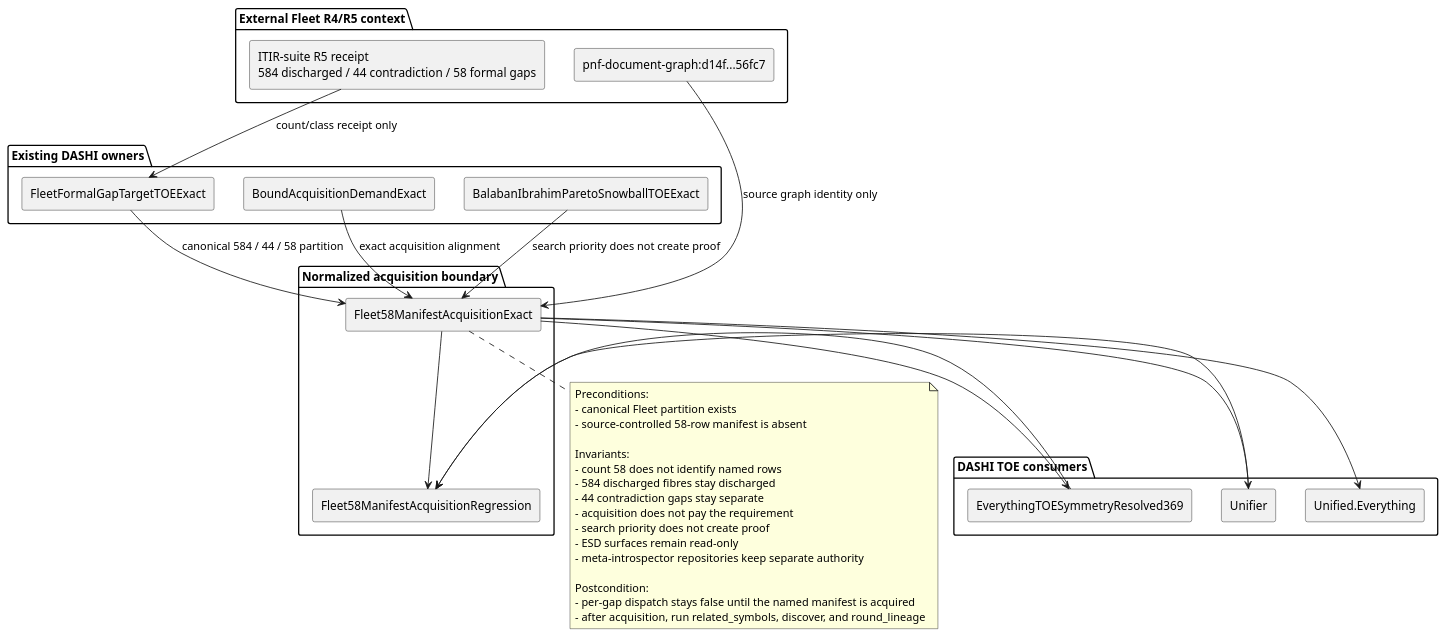
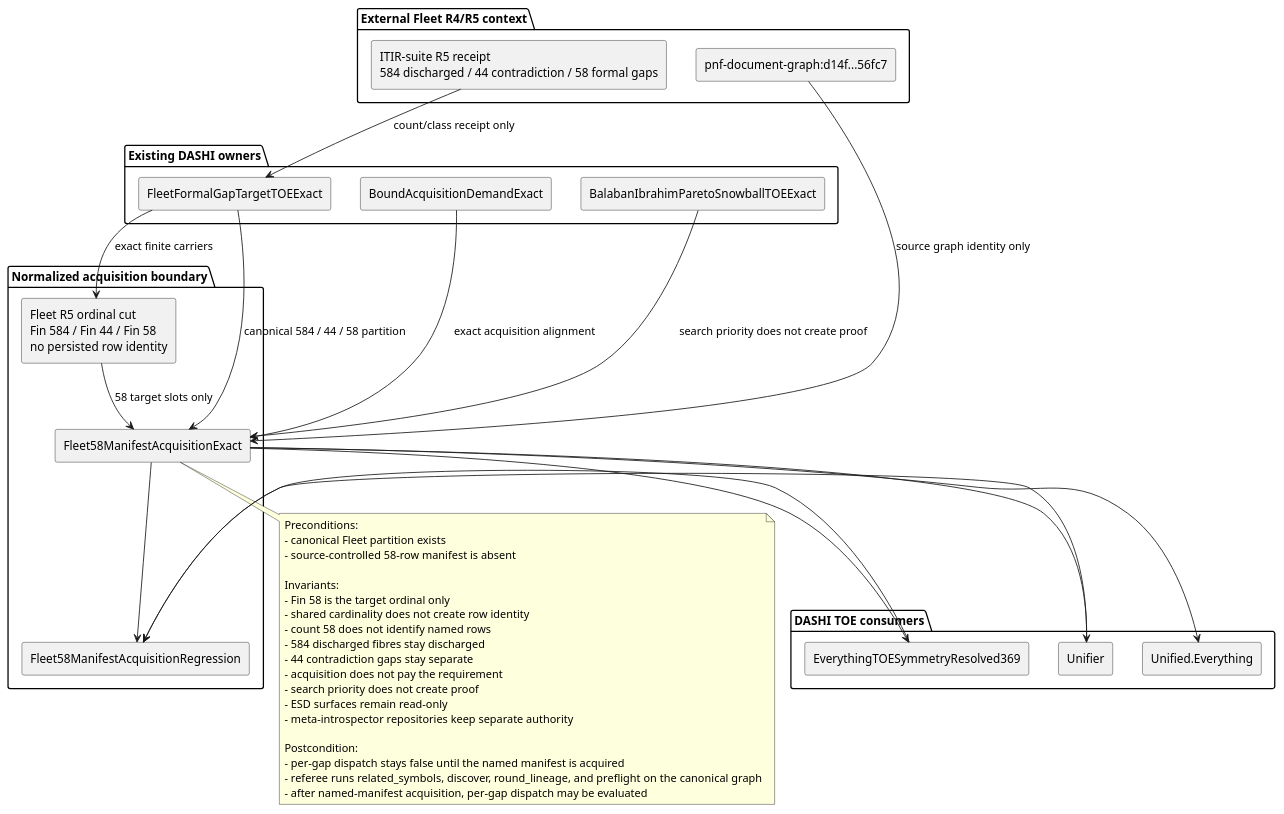
One commit to chboishabba/dashi_agda changed the diagram in Docs/architecture/Fleet58ManifestAcquisitionTOE.puml. Above: the diagram before and after it, drawn with PlantUML.

Commit message:
docs: normalize Fleet-58 ordinal cut in TOE graph

```diff
--- a/Docs/architecture/Fleet58ManifestAcquisitionTOE.puml
+++ b/Docs/architecture/Fleet58ManifestAcquisitionTOE.puml
@@ -1,58 +1,64 @@
 @startuml Fleet58ManifestAcquisitionTOE
 skinparam componentStyle rectangle
 
 package "External Fleet R4/R5 context" {
   component "ITIR-suite R5 receipt\n584 discharged / 44 contradiction / 58 formal gaps" as R5
   component "pnf-document-graph:d14f...56fc7" as Graph
 }
 
 package "Existing DASHI owners" {
   component "FleetFormalGapTargetTOEExact" as Fleet
   component "BoundAcquisitionDemandExact" as Bound
   component "BalabanIbrahimParetoSnowballTOEExact" as Pareto
 }
 
 package "Normalized acquisition boundary" {
+  component "Fleet R5 ordinal cut\nFin 584 / Fin 44 / Fin 58\nno persisted row identity" as Ordinal
   component "Fleet58ManifestAcquisitionExact" as Manifest
   component "Fleet58ManifestAcquisitionRegression" as Regression
 }
 
 package "DASHI TOE consumers" {
   component "EverythingTOESymmetryResolved369" as TOE
   component "Unifier" as Unifier
   component "Unified.Everything" as Unified
 }
 
 R5 --> Fleet : count/class receipt only
 Graph --> Manifest : source graph identity only
+Fleet --> Ordinal : exact finite carriers
+Ordinal --> Manifest : 58 target slots only
 Fleet --> Manifest : canonical 584 / 44 / 58 partition
 Bound --> Manifest : exact acquisition alignment
 Pareto --> Manifest : search priority does not create proof
 
 Manifest --> TOE
 Manifest --> Unifier
 Manifest --> Unified
 Manifest --> Regression
 TOE --> Regression
 Unifier --> Regression
 
 note bottom of Manifest
 Preconditions:
 - canonical Fleet partition exists
 - source-controlled 58-row manifest is absent
 
 Invariants:
+- Fin 58 is the target ordinal only
+- shared cardinality does not create row identity
 - count 58 does not identify named rows
 - 584 discharged fibres stay discharged
 - 44 contradiction gaps stay separate
 - acquisition does not pay the requirement
 - search priority does not create proof
 - ESD surfaces remain read-only
 - meta-introspector repositories keep separate authority
 
 Postcondition:
 - per-gap dispatch stays false until the named manifest is acquired
-- after acquisition, run related_symbols, discover, and round_lineage
+- referee runs related_symbols, discover, round_lineage, and preflight on the canonical graph
+- after named-manifest acquisition, per-gap dispatch may be evaluated
 end note
 
 @enduml
```
